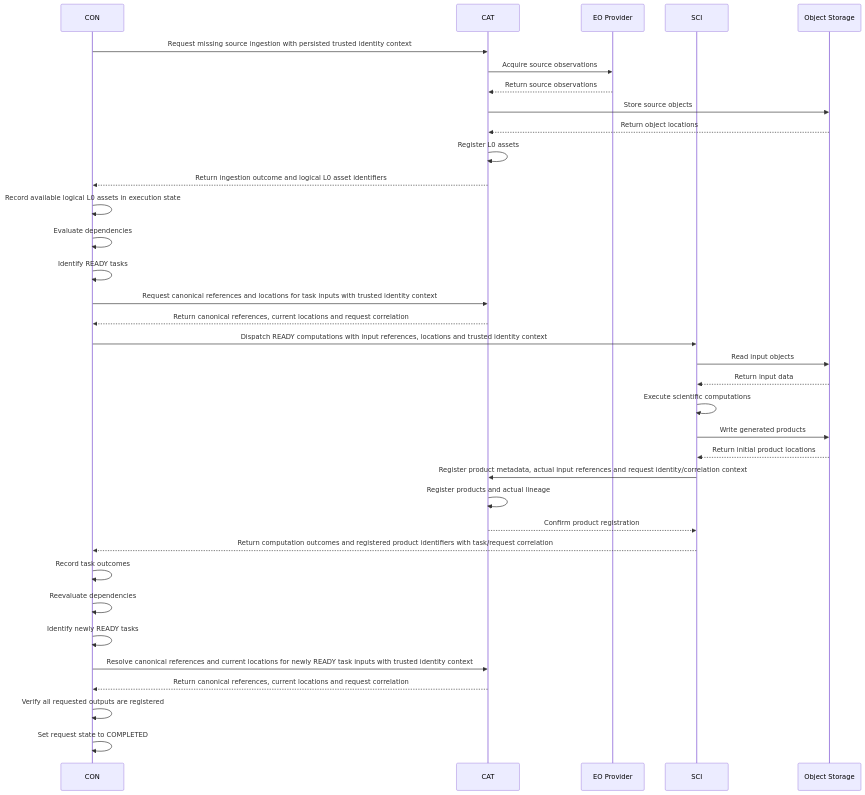
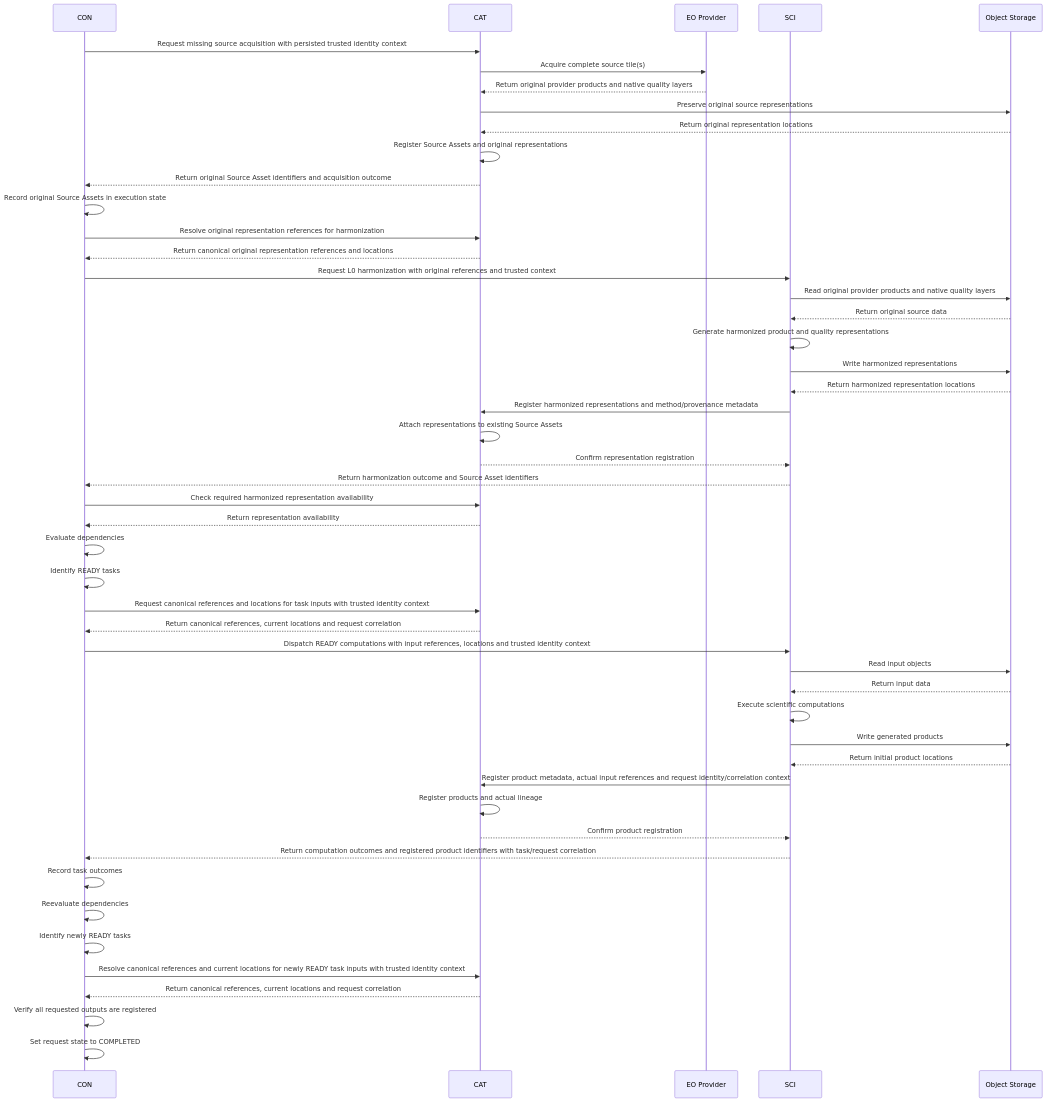
One commit to arnaudsomville/MEOGAP changed the diagram in documentation/architecture/sequence_diagrams/execute-analysis.md. Above: the diagram before and after it, drawn with Mermaid. The commit also changed other lines of this file, not shown here.

Commit message:
docs(architecture): model SCI L0 harmonization in execution flow

````diff
--- a/documentation/architecture/sequence_diagrams/execute-analysis.md
+++ b/documentation/architecture/sequence_diagrams/execute-analysis.md
@@ -15,41 +15,56 @@
 ```mermaid
 sequenceDiagram
     participant CON
     participant CAT
     participant EO as EO Provider
     participant SCI
     participant S3 as Object Storage
 
-    CON->>CAT: Request missing source ingestion with persisted trusted identity context
-    CAT->>EO: Acquire source observations
-    EO-->>CAT: Return source observations
-    CAT->>S3: Store source objects
-    S3-->>CAT: Return object locations
-    CAT->>CAT: Register L0 assets
-    CAT-->>CON: Return ingestion outcome and logical L0 asset identifiers
+    CON->>CAT: Request missing source acquisition with persisted trusted identity context
+    CAT->>EO: Acquire complete source tile(s)
+    EO-->>CAT: Return original provider products and native quality layers
+    CAT->>S3: Preserve original source representations
+    S3-->>CAT: Return original representation locations
+    CAT->>CAT: Register Source Assets and original representations
+    CAT-->>CON: Return original Source Asset identifiers and acquisition outcome
 
-    CON->>CON: Record available logical L0 assets in execution state
+    CON->>CON: Record original Source Assets in execution state
+    CON->>CAT: Resolve original representation references for harmonization
+    CAT-->>CON: Return canonical original representation references and locations
+    CON->>SCI: Request L0 harmonization with original references and trusted context
+    SCI->>S3: Read original provider products and native quality layers
+    S3-->>SCI: Return original source data
+    SCI->>SCI: Generate harmonized product and quality representations
+    SCI->>S3: Write harmonized representations
+    S3-->>SCI: Return harmonized representation locations
+    SCI->>CAT: Register harmonized representations and method/provenance metadata
+    CAT->>CAT: Attach representations to existing Source Assets
+    CAT-->>SCI: Confirm representation registration
+    SCI-->>CON: Return harmonization outcome and Source Asset identifiers
+    CON->>CAT: Check required harmonized representation availability
+    CAT-->>CON: Return representation availability
+
     CON->>CON: Evaluate dependencies
     CON->>CON: Identify READY tasks
     CON->>CAT: Request canonical references and locations for task inputs with trusted identity context
     CAT-->>CON: Return canonical references, current locations and request correlation
     CON->>SCI: Dispatch READY computations with input references, locations and trusted identity context
 
     SCI->>S3: Read input objects
     S3-->>SCI: Return input data
     SCI->>SCI: Execute scientific computations
     SCI->>S3: Write generated products
     S3-->>SCI: Return initial product locations
     SCI->>CAT: Register product metadata, actual input references and request identity/correlation context
     CAT->>CAT: Register products and actual lineage
     CAT-->>SCI: Confirm product registration
     SCI-->>CON: Return computation outcomes and registered product identifiers with task/request correlation
     CON->>CON: Record task outcomes
     CON->>CON: Reevaluate dependencies
     CON->>CON: Identify newly READY tasks
     CON->>CAT: Resolve canonical references and current locations for newly READY task inputs with trusted identity context
     CAT-->>CON: Return canonical references, current locations and request correlation
 
     CON->>CON: Verify all requested outputs are registered
     CON->>CON: Set request state to COMPLETED
 ```
````
